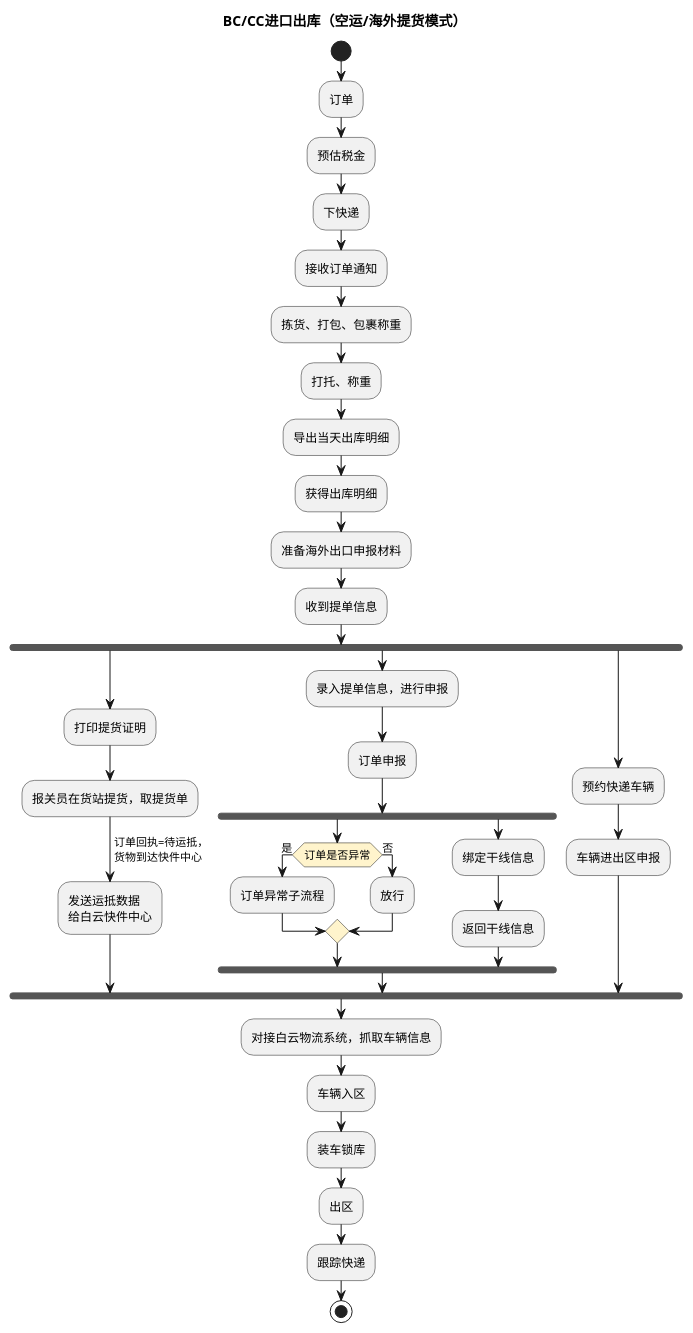
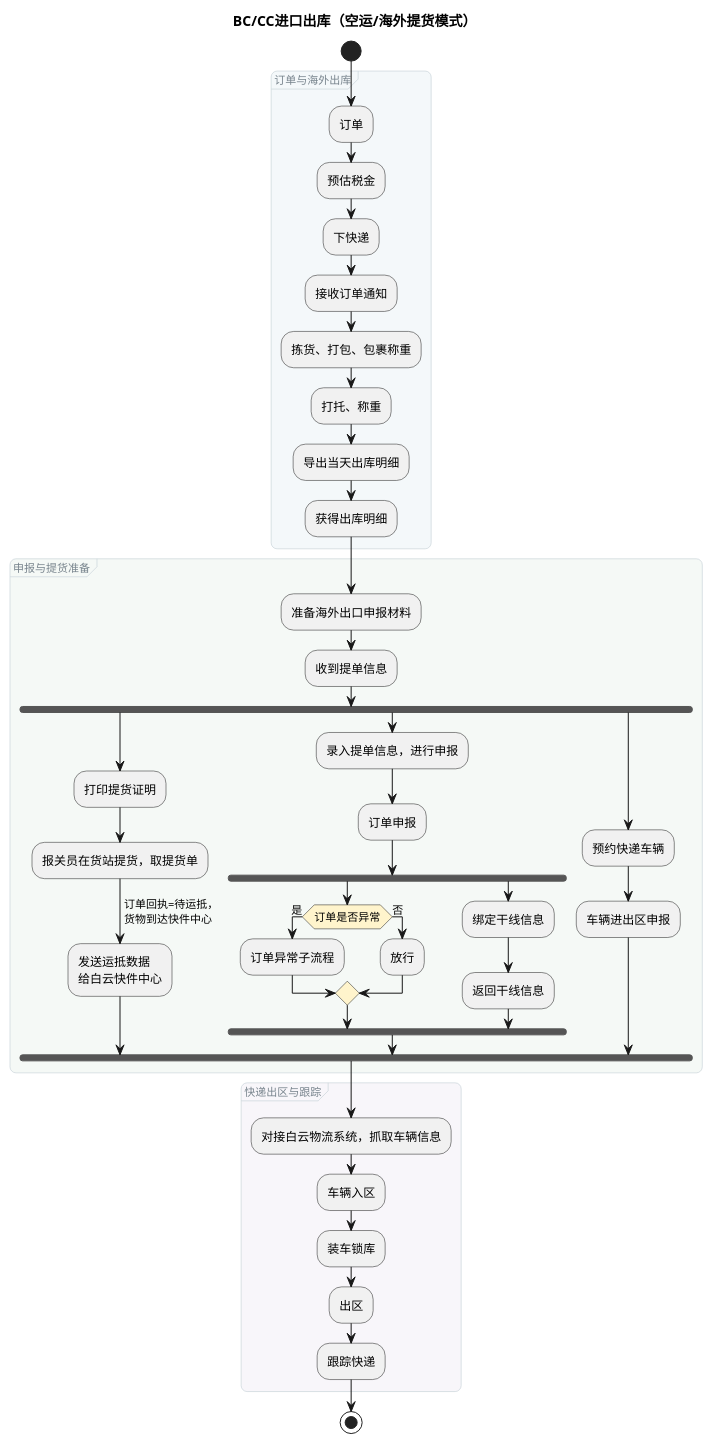
One commit to jack888332/projects-doc changed the third of 6 diagrams in product-caliber/goldjet/segmented-prd/mainflow/PRD.高捷物流系统一期.主流程.05.跨境电商BC、个人物品CC进口详细流程.md. Above: the diagram before and after it, drawn with PlantUML. The commit also changed other lines of this file and 16 other files, not shown here.

Commit message:
给DSL图分组

````diff
--- a/product-caliber/goldjet/segmented-prd/mainflow/PRD.高捷物流系统一期.主流程.05.跨境电商BC、个人物品CC进口详细流程.md
+++ b/product-caliber/goldjet/segmented-prd/mainflow/PRD.高捷物流系统一期.主流程.05.跨境电商BC、个人物品CC进口详细流程.md
@@ -76,45 +108,63 @@
 ```plantuml
 @startuml
 skinparam activityDiamondBackgroundColor #FFF4CC
+<style>
+activityDiagram {
+  group {
+    LineColor #CAD5DA
+    LineThickness 0.7
+    RoundCorner 12
+    FontColor #78848D
+    FontSize 11
+    FontStyle plain
+  }
+}
+</style>
 title BC/CC进口出库（空运/海外提货模式）
 start
+group 订单与海外出库 #F4F8FA {
 :订单;
 :预估税金;
 :下快递;
 :接收订单通知;
 :拣货、打包、包裹称重;
 :打托、称重;
 :导出当天出库明细;
 :获得出库明细;
+}
+group 申报与提货准备 #F5F9F6 {
 :准备海外出口申报材料;
 :收到提单信息;
 fork
   :打印提货证明;
   :报关员在货站提货，取提货单;
   -> 订单回执=待运抵，\n货物到达快件中心;
   :发送运抵数据\n给白云快件中心;
 fork again
   :录入提单信息，进行申报;
   :订单申报;
   fork
     if (订单是否异常) then (是)
       :订单异常子流程;
     else (否)
       :放行;
     endif
   fork again
     :绑定干线信息;
     :返回干线信息;
   end fork
 fork again
   :预约快递车辆;
   :车辆进出区申报;
 end fork
+}
+group 快递出区与跟踪 #F8F6FA {
 :对接白云物流系统，抓取车辆信息;
 :车辆入区;
 :装车锁库;
 :出区;
 :跟踪快递;
+}
 stop
 @enduml
 ```
````
